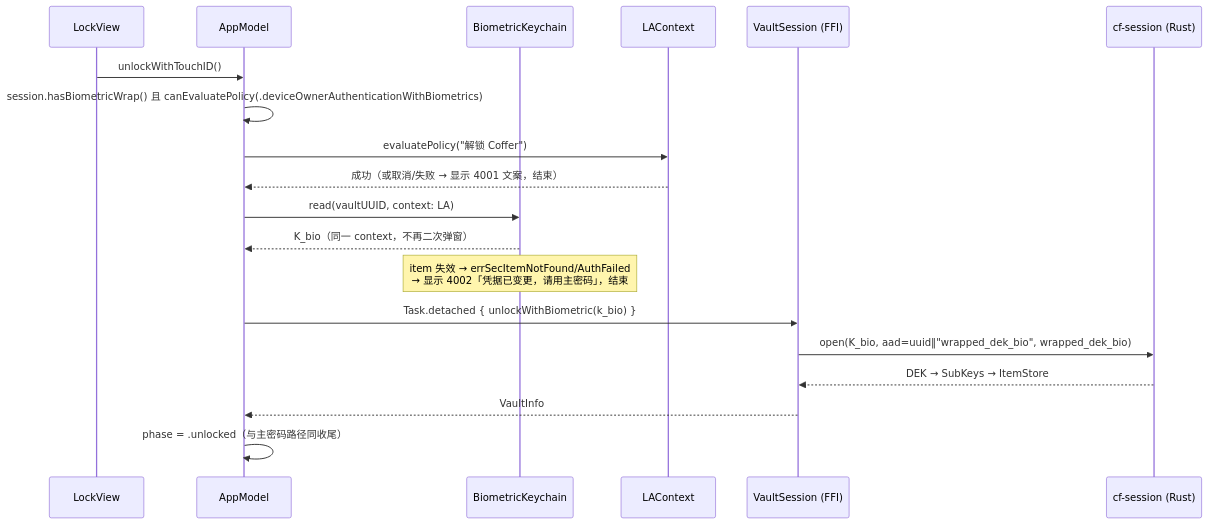
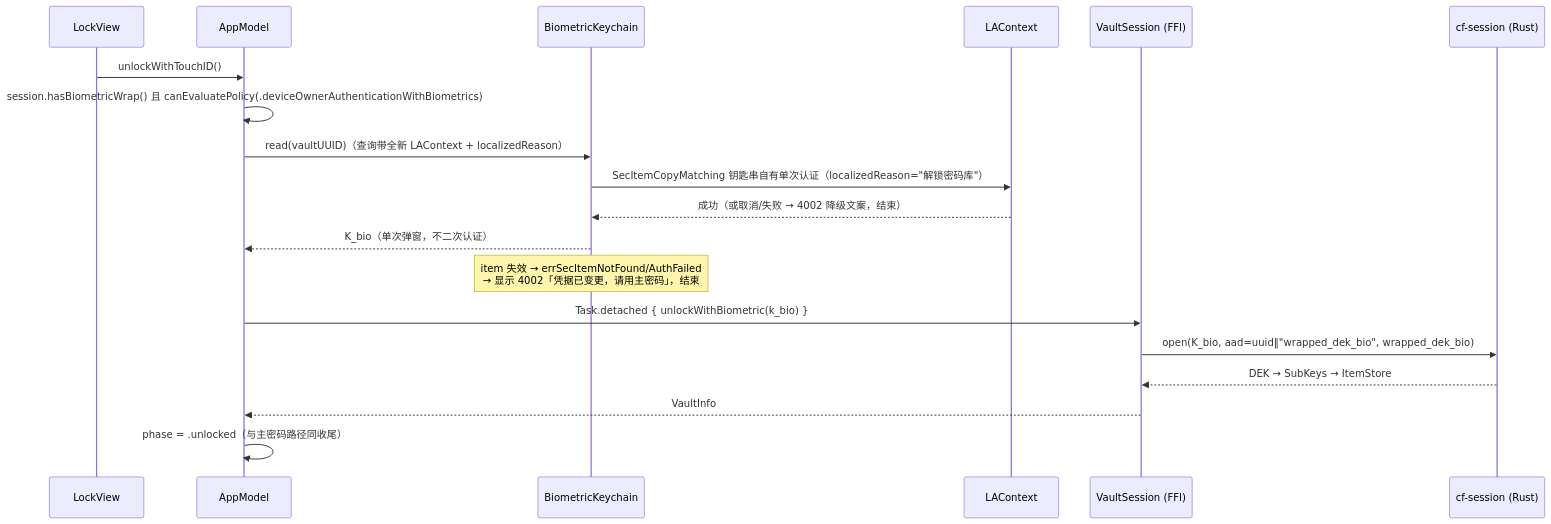
The second of 2 diagrams in docs/08-TouchID解锁设计.md (cygnusyang/coffer), drawn with Mermaid before and after one commit. The commit also changed other lines of this file and 1 other file, not shown here.

````diff
--- a/docs/08-TouchID解锁设计.md
+++ b/docs/08-TouchID解锁设计.md
@@ -267,22 +271,22 @@
 ```mermaid
 sequenceDiagram
     participant UI as LockView
     participant AM as AppModel
     participant KC as BiometricKeychain
     participant LA as LAContext
     participant S as VaultSession (FFI)
     participant R as cf-session (Rust)
 
     UI->>AM: unlockWithTouchID()
     AM->>AM: session.hasBiometricWrap() 且 canEvaluatePolicy(.deviceOwnerAuthenticationWithBiometrics)
-    AM->>LA: evaluatePolicy("解锁 Coffer")
-    LA-->>AM: 成功（或取消/失败 → 显示 4001 文案，结束）
-    AM->>KC: read(vaultUUID, context: LA)
-    KC-->>AM: K_bio（同一 context，不再二次弹窗）
+    AM->>KC: read(vaultUUID)（查询带全新 LAContext + localizedReason）
+    KC->>LA: SecItemCopyMatching 钥匙串自有单次认证（localizedReason="解锁密码库"）
+    LA-->>KC: 成功（或取消/失败 → 4002 降级文案，结束）
+    KC-->>AM: K_bio（单次弹窗，不二次认证）
     Note over KC: item 失效 → errSecItemNotFound/AuthFailed<br/>→ 显示 4002「凭据已变更，请用主密码」，结束
     AM->>S: Task.detached { unlockWithBiometric(k_bio) }
     S->>R: open(K_bio, aad=uuid‖"wrapped_dek_bio", wrapped_dek_bio)
     R-->>S: DEK → SubKeys → ItemStore
     S-->>AM: VaultInfo
     AM->>AM: phase = .unlocked（与主密码路径同收尾）
 ```
````
